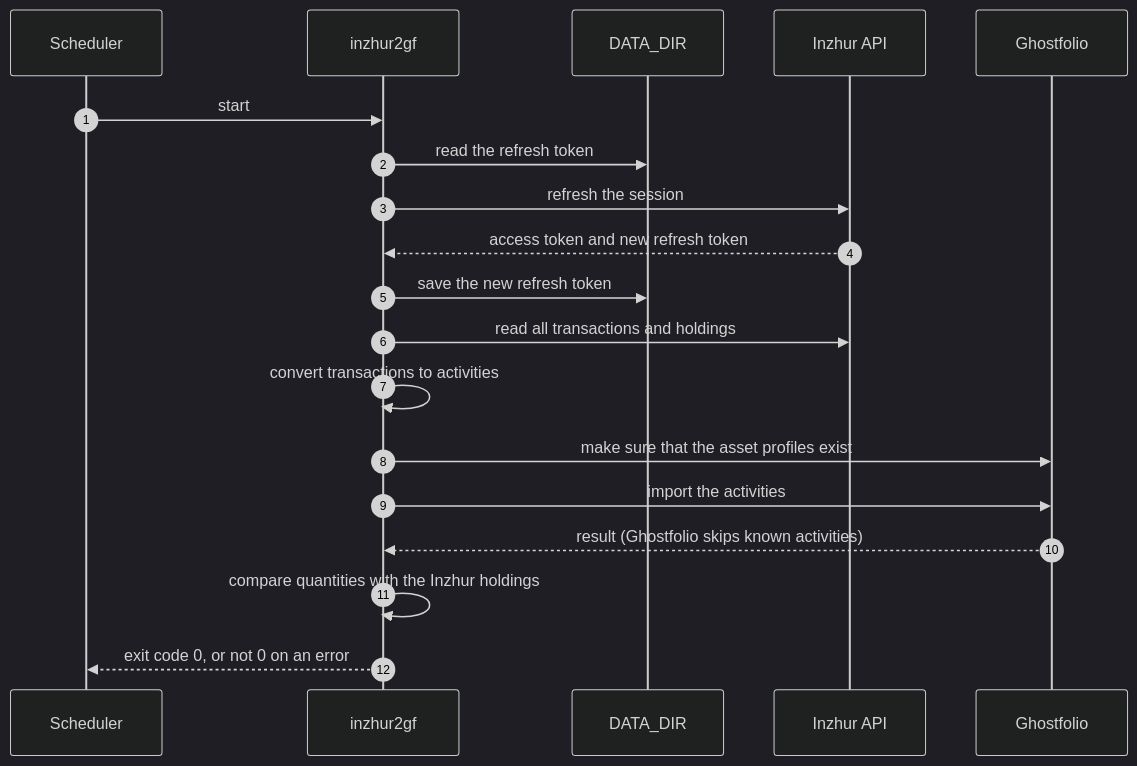
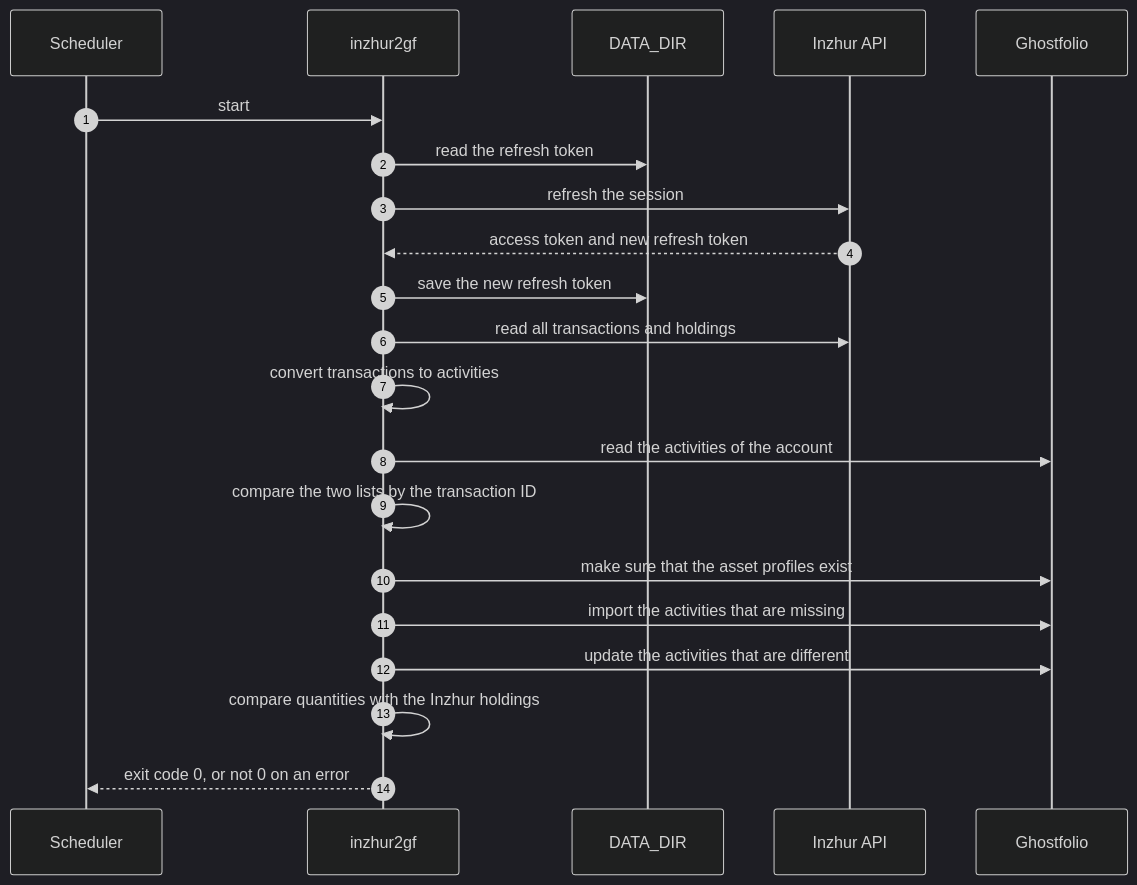
One commit to blobor/ghostfolio-inzhur changed the diagram in README.md. Above: the diagram before and after it, drawn with Mermaid (dark theme). The commit also changed other lines of this file and 7 other files, not shown here.

Commit message:
Inzhur can change a transaction after the import, for example its   time. The duplicate check of Ghostfolio compares all values, thus   it stored the changed transaction a second time.

````diff
--- a/README.md
+++ b/README.md
@@ -21,22 +21,24 @@
 ```mermaid
 sequenceDiagram
     autonumber
     participant S as Scheduler
     participant T as inzhur2gf
     participant D as DATA_DIR
     participant I as Inzhur API
     participant G as Ghostfolio
 
     S->>T: start
     T->>D: read the refresh token
     T->>I: refresh the session
     I-->>T: access token and new refresh token
     T->>D: save the new refresh token
     T->>I: read all transactions and holdings
     T->>T: convert transactions to activities
+    T->>G: read the activities of the account
+    T->>T: compare the two lists by the transaction ID
     T->>G: make sure that the asset profiles exist
-    T->>G: import the activities
-    G-->>T: result (Ghostfolio skips known activities)
+    T->>G: import the activities that are missing
+    T->>G: update the activities that are different
     T->>T: compare quantities with the Inzhur holdings
     T-->>S: exit code 0, or not 0 on an error
 ```
````
